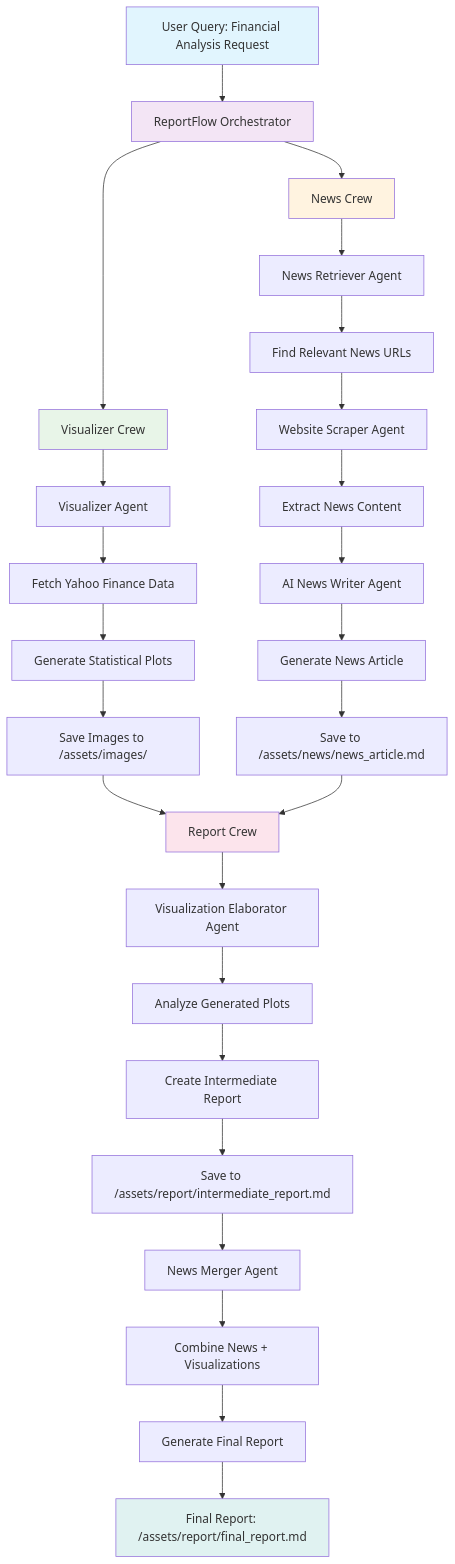
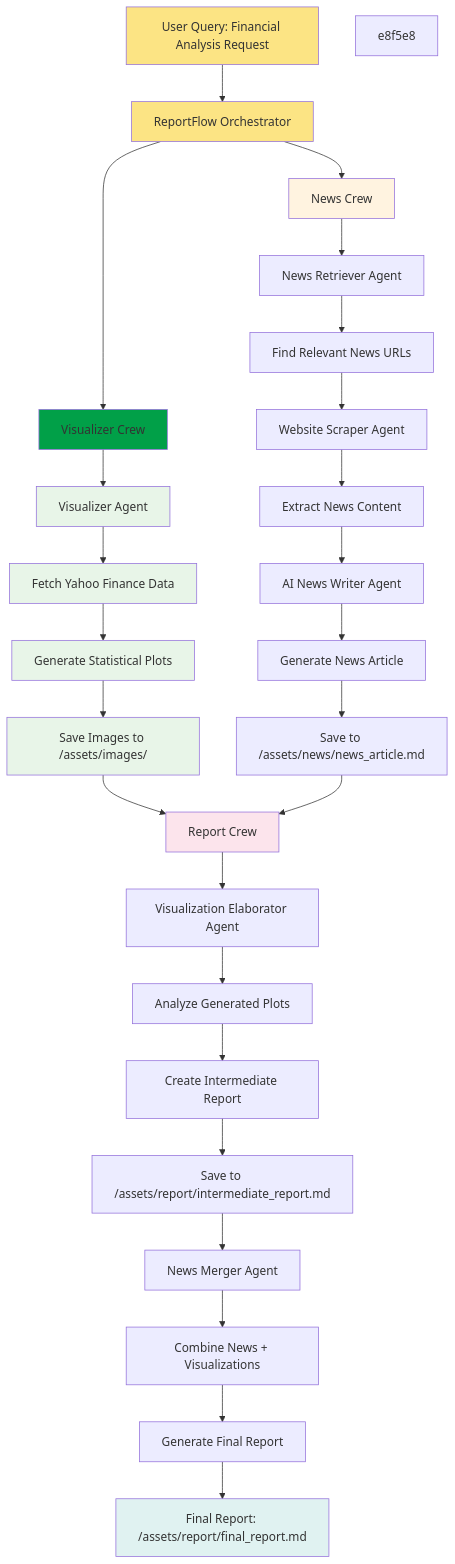
The diagram in README.md (rohan-g0re/Agent-Crew-for-Deep-Research), drawn with Mermaid before and after one commit.

Commit message:
colouring

````diff
--- a/README.md
+++ b/README.md
@@ -11,40 +11,52 @@
 ```mermaid
 graph TD
     A[User Query: Financial Analysis Request] --> B[ReportFlow Orchestrator]
     
     B --> C[Visualizer Crew]
     B --> D[News Crew]
     
     C --> C1[Visualizer Agent]
     C1 --> C2[Fetch Yahoo Finance Data]
     C2 --> C3[Generate Statistical Plots]
     C3 --> C4[Save Images to /assets/images/]
     
     D --> D1[News Retriever Agent]
     D1 --> D2[Find Relevant News URLs]
     D2 --> D3[Website Scraper Agent]
     D3 --> D4[Extract News Content]
     D4 --> D5[AI News Writer Agent]
     D5 --> D6[Generate News Article]
     D6 --> D7[Save to /assets/news/news_article.md]
     
     C4 --> E[Report Crew]
     D7 --> E
     
     E --> E1[Visualization Elaborator Agent]
     E1 --> E2[Analyze Generated Plots]
     E2 --> E3[Create Intermediate Report]
     E3 --> E4[Save to /assets/report/intermediate_report.md]
     
     E4 --> E5[News Merger Agent]
     E5 --> E6[Combine News + Visualizations]
     E6 --> E7[Generate Final Report]
     E7 --> F[Final Report: /assets/report/final_report.md]
     
-    style A fill:#e1f5fe
-    style B fill:#f3e5f5
-    style C fill:#e8f5e8
+    style A fill:#fce484
+    style B fill:#fce484
+
+    style C fill:#01a048
+    style C1 fill:#e8f5e8
+    style C2 fill:#e8f5e8
+    style C3 fill:#e8f5e8
+    style C4 fill:#e8f5e8
+
+
+    e8f5e8
+
+
+
+
     style D fill:#fff3e0
     style E fill:#fce4ec
     style F fill:#e0f2f1
 ```
````
